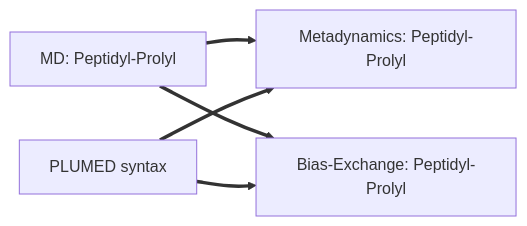
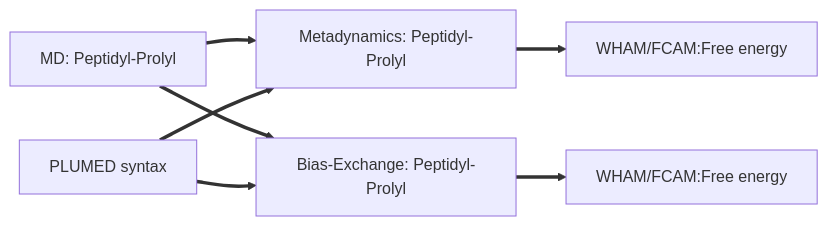
One commit to fabsugar/plumed-tutorial-be-aapak changed the diagram in NAVIGATION.md. Above: the diagram before and after it, drawn with Mermaid.

````diff
--- a/NAVIGATION.md
+++ b/NAVIGATION.md
@@ -1,8 +1,10 @@
 ```mermaid
 flowchart LR
 A[MD: Peptidyl-Prolyl] ==> B[Metadynamics: Peptidyl-Prolyl]
 A[MD: Peptidyl-Prolyl] ==> C[Bias-Exchange: Peptidyl-Prolyl]
 D[PLUMED syntax] ==> B[Metadynamics: Peptidyl-Prolyl]
 D[PLUMED syntax] ==> C[Bias-Exchange: Peptidyl-Prolyl]
+B[Metadynamics: Peptidyl-Prolyl]==>E[WHAM/FCAM:Free energy]
+C[Bias-Exchange: Peptidyl-Prolyl]==>F[WHAM/FCAM:Free energy]
 click D "tute" "A tutorial on the basic plumed syntax"
 ```
````
